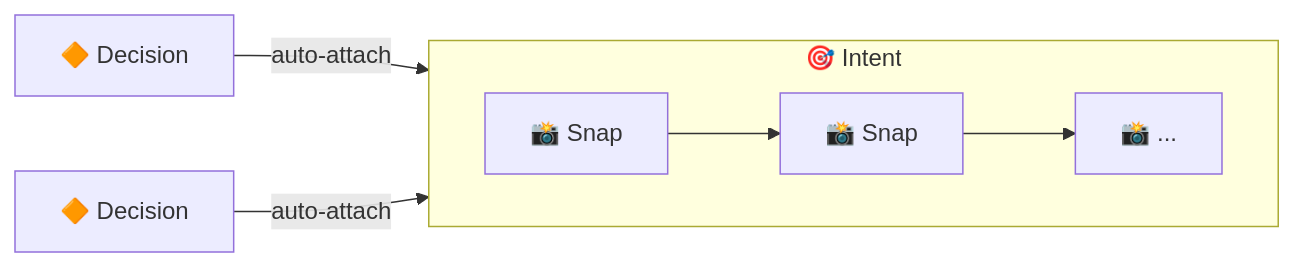
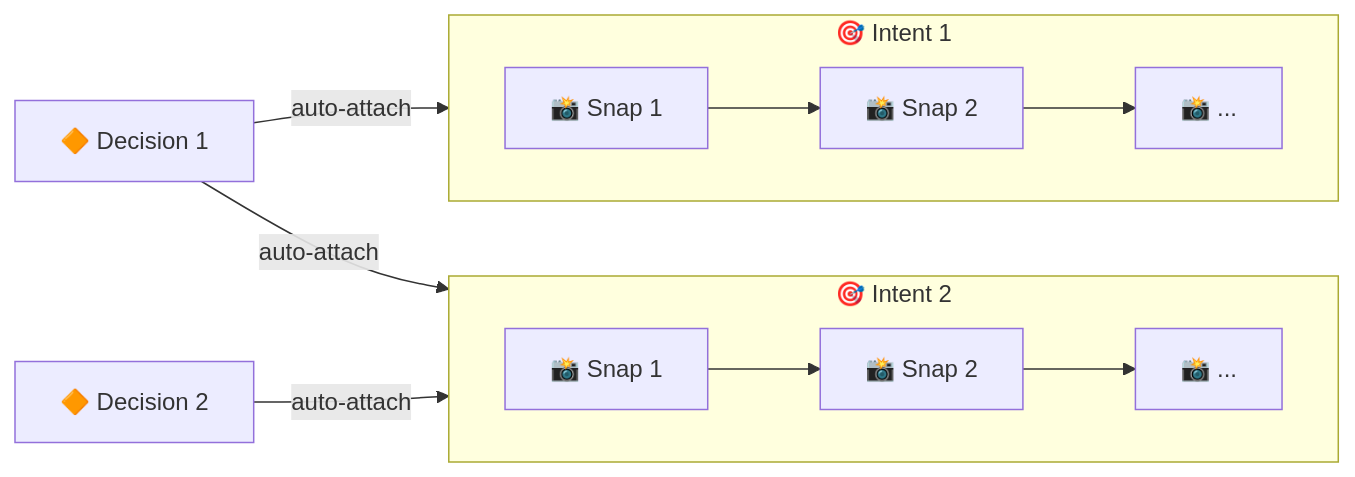
Before and after one commit to dozybot001/Intent: the first of 4 diagrams in docs/CN/cli.md, drawn with Mermaid. The commit also changed 3 other files, not shown here.

First line of the commit message:
Unify object model diagrams across README and cli.md with emoji

````diff
--- a/docs/CN/cli.md
+++ b/docs/CN/cli.md
@@ -40,13 +40,19 @@
 ```mermaid
 flowchart LR
-  D1["🔶 Decision"]
-  D2["🔶 Decision"]
+  D1["🔶 Decision 1"]
+  D2["🔶 Decision 2"]
 
-  subgraph Intent1["🎯 Intent"]
+  subgraph Intent1["🎯 Intent 1"]
     direction LR
-    S1["📸 Snap"] --> S2["📸 Snap"] --> S3["📸 ..."]
+    S1["📸 Snap 1"] --> S2["📸 Snap 2"] --> S3["📸 ..."]
+  end
+
+  subgraph Intent2["🎯 Intent 2"]
+    direction LR
+    S4["📸 Snap 1"] --> S5["📸 Snap 2"] --> S6["📸 ..."]
   end
 
   D1 -- auto-attach --> Intent1
-  D2 -- auto-attach --> Intent1
+  D1 -- auto-attach --> Intent2
+  D2 -- auto-attach --> Intent2
 ```
````
